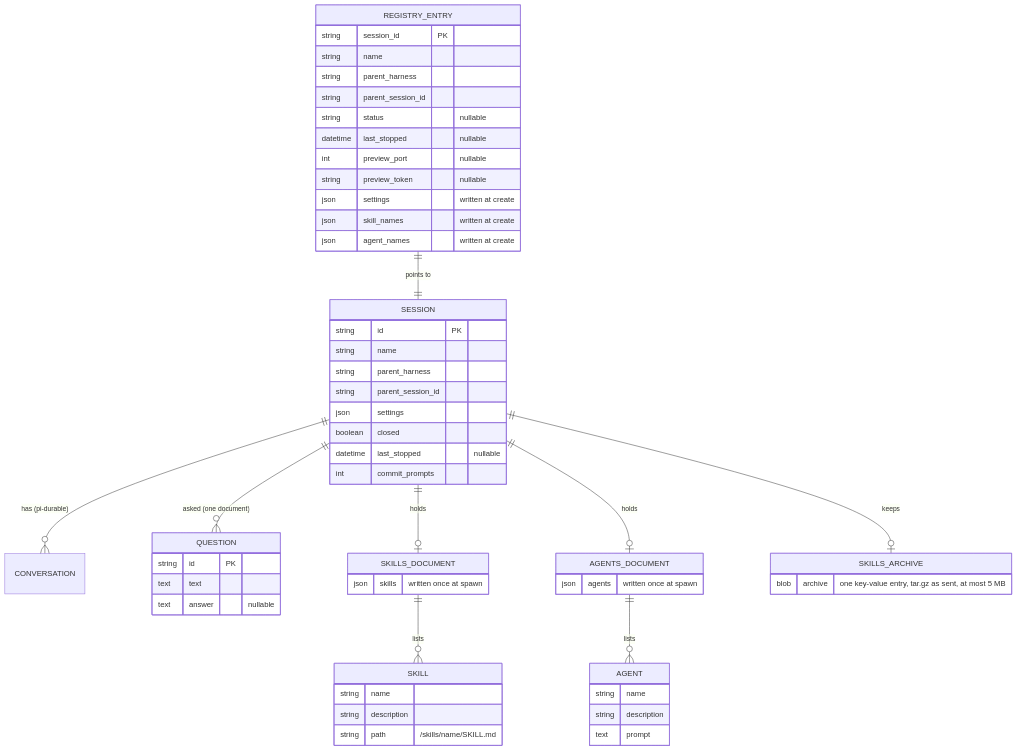
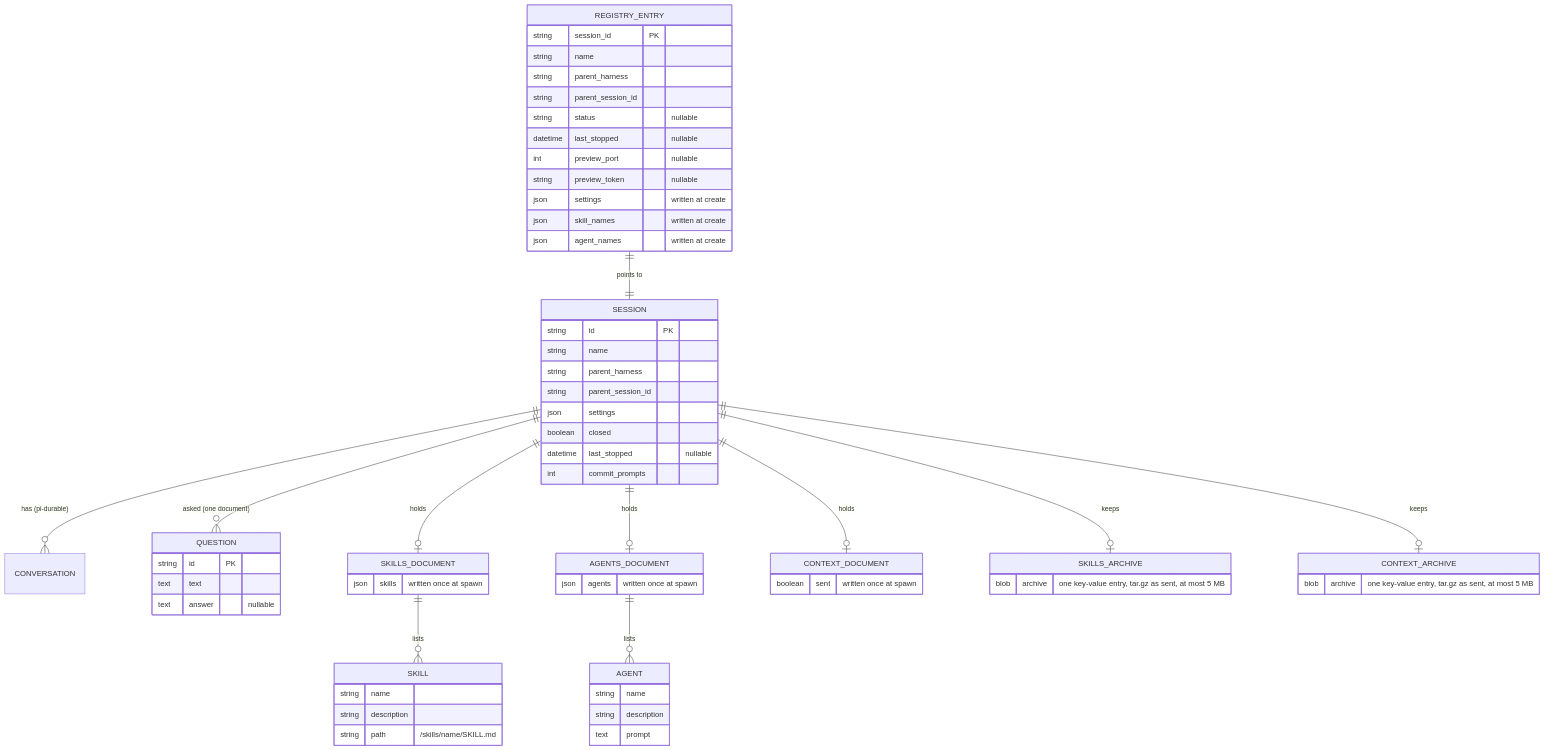
Before and after one commit to asermax/tentacles: the second of 9 diagrams in docs/technical-design/sessions.md, drawn with Mermaid. The commit also changed other lines of this file and 3 other files, not shown here.

````diff
--- a/docs/technical-design/sessions.md
+++ b/docs/technical-design/sessions.md
@@ -63,58 +63,66 @@
 ```mermaid
 erDiagram
     REGISTRY_ENTRY ||--|| SESSION : "points to"
     SESSION ||--o{ CONVERSATION : "has (pi-durable)"
     SESSION ||--o{ QUESTION : "asked (one document)"
     SESSION ||--o| SKILLS_DOCUMENT : "holds"
     SESSION ||--o| AGENTS_DOCUMENT : "holds"
+    SESSION ||--o| CONTEXT_DOCUMENT : "holds"
     SESSION ||--o| SKILLS_ARCHIVE : "keeps"
+    SESSION ||--o| CONTEXT_ARCHIVE : "keeps"
     SKILLS_DOCUMENT ||--o{ SKILL : "lists"
     AGENTS_DOCUMENT ||--o{ AGENT : "lists"
     REGISTRY_ENTRY {
         string session_id PK
         string name
         string parent_harness
         string parent_session_id
         string status "nullable"
         datetime last_stopped "nullable"
         int preview_port "nullable"
         string preview_token "nullable"
         json settings "written at create"
         json skill_names "written at create"
         json agent_names "written at create"
     }
     SESSION {
         string id PK
         string name
         string parent_harness
         string parent_session_id
         json settings
         boolean closed
         datetime last_stopped "nullable"
         int commit_prompts
     }
     QUESTION {
         string id PK
         text text
         text answer "nullable"
     }
     SKILLS_DOCUMENT {
         json skills "written once at spawn"
     }
     AGENTS_DOCUMENT {
         json agents "written once at spawn"
     }
+    CONTEXT_DOCUMENT {
+        boolean sent "written once at spawn"
+    }
     SKILL {
         string name
         string description
         string path "/skills/name/SKILL.md"
     }
     AGENT {
         string name
         string description
         text prompt
     }
     SKILLS_ARCHIVE {
         blob archive "one key-value entry, tar.gz as sent, at most 5 MB"
     }
+    CONTEXT_ARCHIVE {
+        blob archive "one key-value entry, tar.gz as sent, at most 5 MB"
+    }
 ```
````
